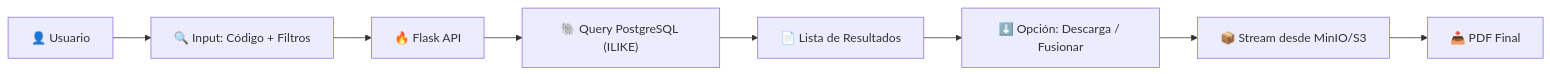
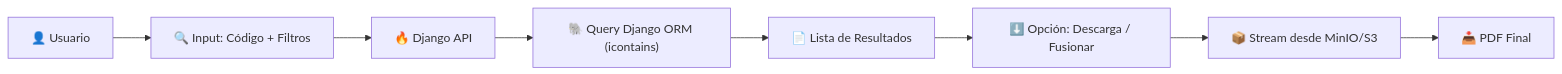
Before and after one commit to EstebanCabreraArbizu/PDF-search-with-minio: the third of 3 diagrams in README.md, drawn with Mermaid. The commit also changed other lines of this file and 18 other files, not shown here.

Commit message:
docs: actualizar README y marcar flask_project como legado tras migracion a django

````diff
--- a/README.md
+++ b/README.md
@@ -158,10 +161,10 @@
 ```mermaid
 graph LR
     U["👤 Usuario"] --> S["🔍 Input: Código + Filtros"]
-    S --> API["🔥 Flask API"]
-    API --> DB["🐘 Query PostgreSQL (ILIKE)"]
+    S --> API["🔥 Django API"]
+    API --> DB["🐘 Query Django ORM (icontains)"]
     DB --> R["📄 Lista de Resultados"]
     R --> D["⬇️ Opción: Descarga / Fusionar"]
     D --> S3["📦 Stream desde MinIO/S3"]
     S3 --> PDF["📥 PDF Final"]
 ```
````
